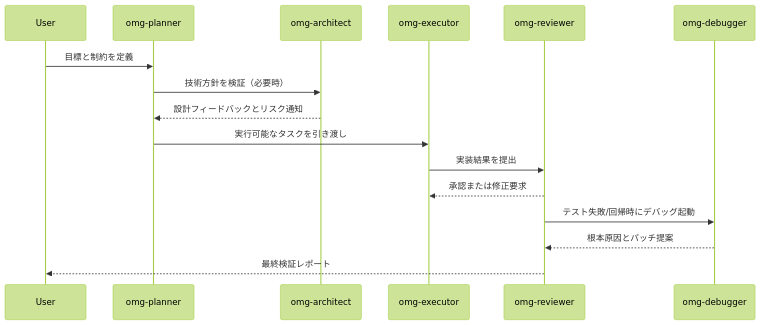
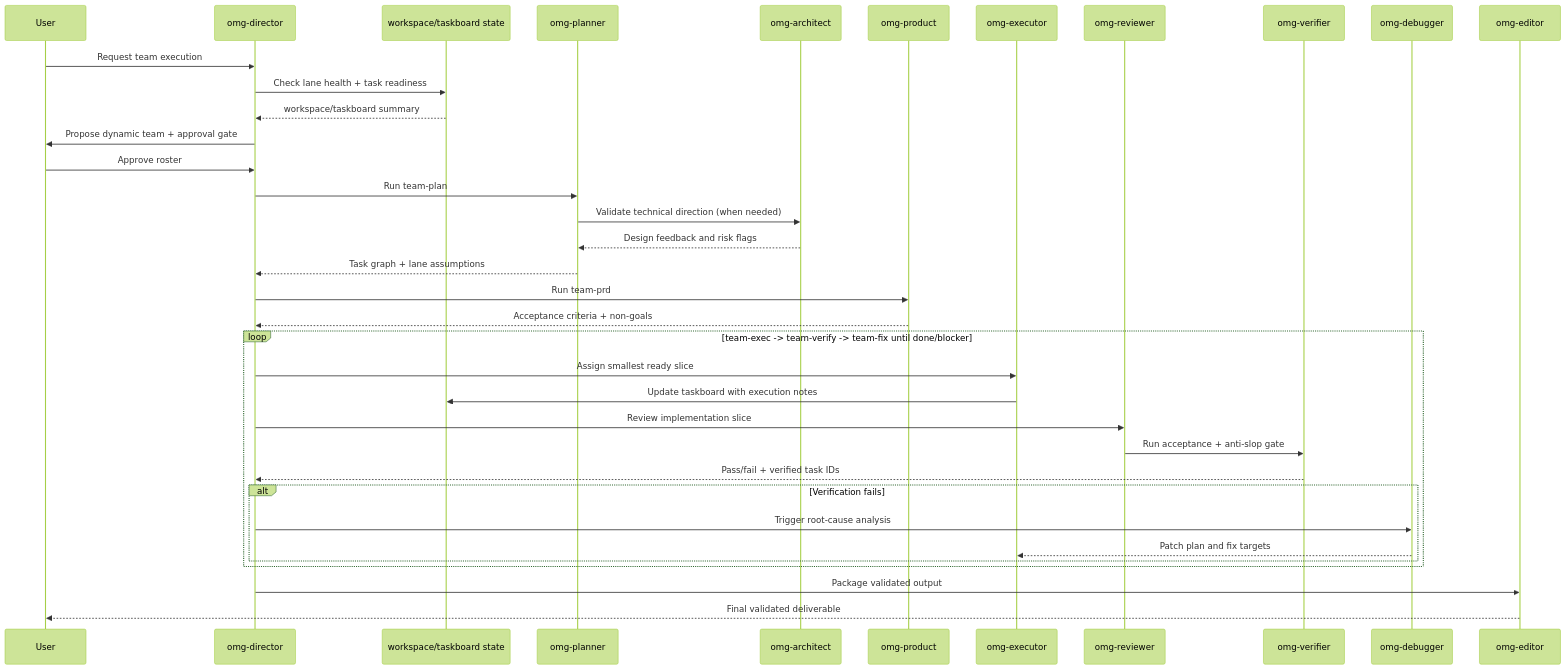
Before and after one commit to randi65535/oh-my-gemini-cli: the second of 2 diagrams in docs/README_ja.md, drawn with Mermaid (forest theme). The commit also changed other lines of this file and 3 other files, not shown here.

````diff
--- a/docs/README_ja.md
+++ b/docs/README_ja.md
@@ -64,19 +128,41 @@
 ```mermaid
 sequenceDiagram
     participant User
+    participant Director as omg-director
+    participant Workspace as workspace/taskboard state
     participant Planner as omg-planner
     participant Architect as omg-architect
+    participant Product as omg-product
     participant Executor as omg-executor
     participant Reviewer as omg-reviewer
+    participant Verifier as omg-verifier
     participant Debugger as omg-debugger
+    participant Editor as omg-editor
 
-    User->>Planner: 目標と制約を定義
-    Planner->>Architect: 技術方針を検証（必要時）
-    Architect-->>Planner: 設計フィードバックとリスク通知
-    Planner->>Executor: 実行可能なタスクを引き渡し
-    Executor->>Reviewer: 実装結果を提出
-    Reviewer-->>Executor: 承認または修正要求
-    Reviewer->>Debugger: テスト失敗/回帰時にデバッグ起動
-    Debugger-->>Reviewer: 根本原因とパッチ提案
-    Reviewer-->>User: 最終検証レポート
+    User->>Director: Request team execution
+    Director->>Workspace: Check lane health + task readiness
+    Workspace-->>Director: workspace/taskboard summary
+    Director->>User: Propose dynamic team + approval gate
+    User->>Director: Approve roster
+    Director->>Planner: Run team-plan
+    Planner->>Architect: Validate technical direction (when needed)
+    Architect-->>Planner: Design feedback and risk flags
+    Planner-->>Director: Task graph + lane assumptions
+    Director->>Product: Run team-prd
+    Product-->>Director: Acceptance criteria + non-goals
+
+    loop team-exec -> team-verify -> team-fix until done/blocker
+        Director->>Executor: Assign smallest ready slice
+        Executor->>Workspace: Update taskboard with execution notes
+        Director->>Reviewer: Review implementation slice
+        Reviewer->>Verifier: Run acceptance + anti-slop gate
+        Verifier-->>Director: Pass/fail + verified task IDs
+        alt Verification fails
+            Director->>Debugger: Trigger root-cause analysis
+            Debugger-->>Executor: Patch plan and fix targets
+        end
+    end
+
+    Director->>Editor: Package validated output
+    Editor-->>User: Final validated deliverable
 ```
````
